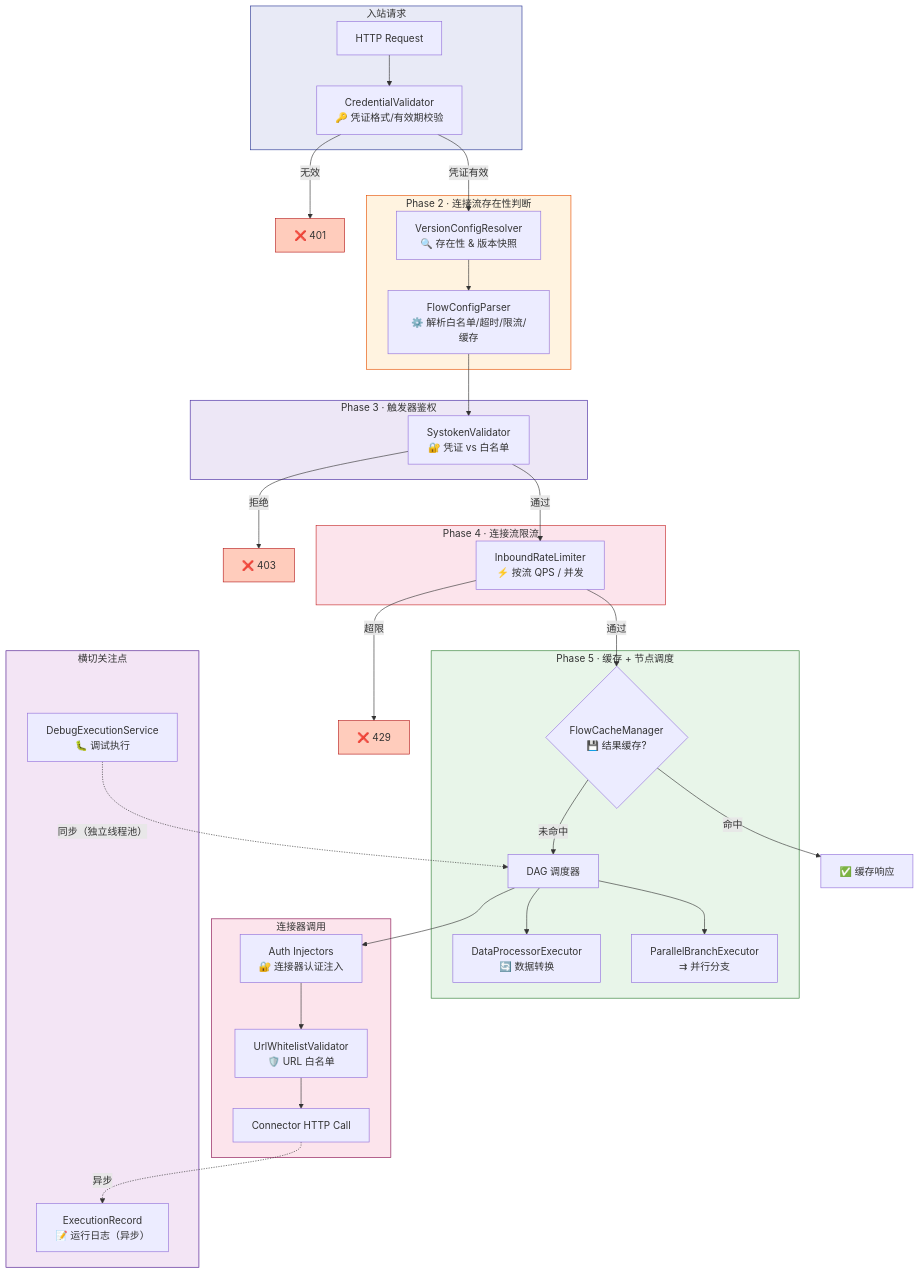
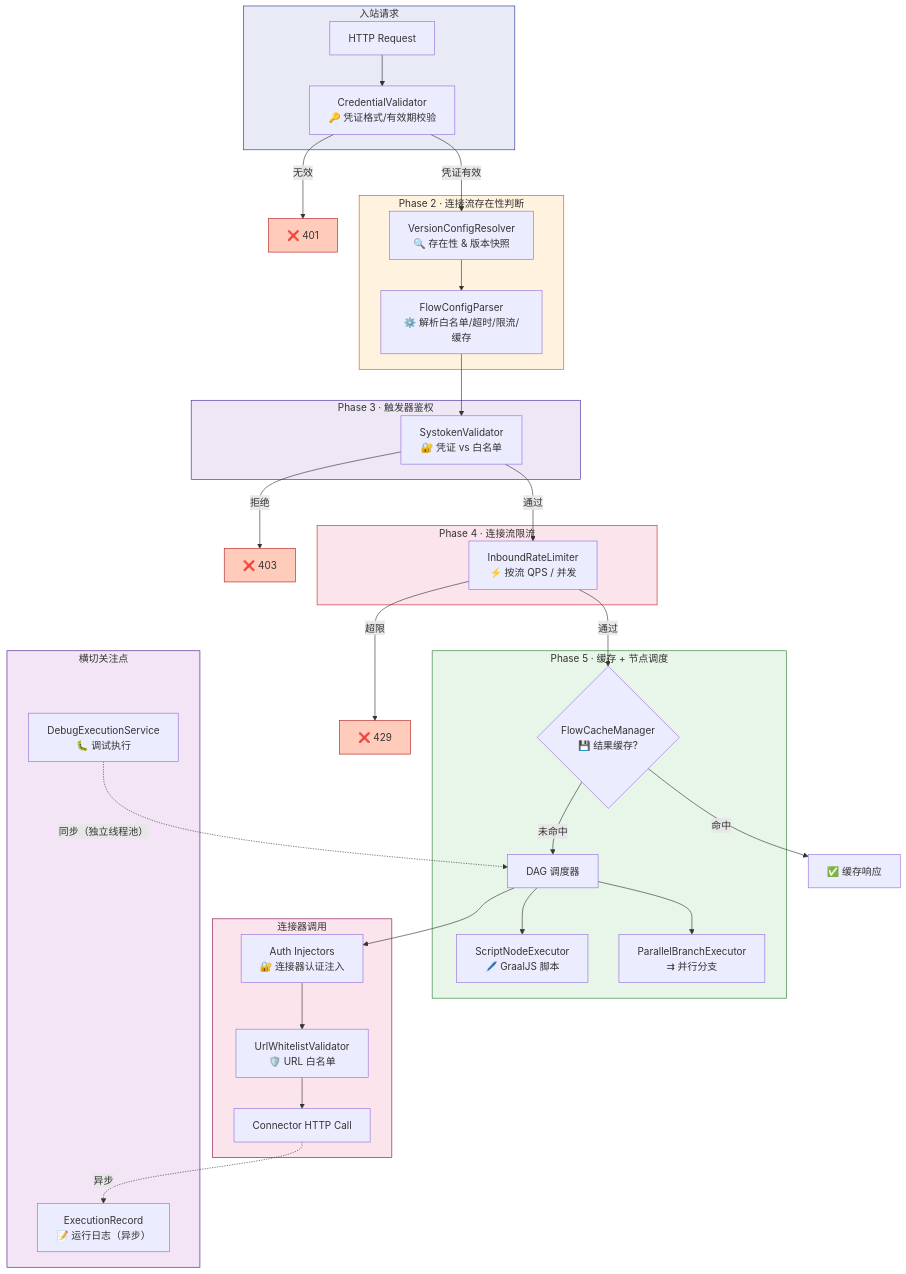
One commit to THZSummer/open-app changed the first of 16 diagrams in .sddu/specs-tree-root/specs-tree-connector-platform-v3/plan-runtime.md. Above: the diagram before and after it, drawn with Mermaid. The commit also changed other lines of this file and 2 other files, not shown here.

First line of the commit message:
fix(plan): plan-db/plan-runtime/plan-script 对齐 V3 spec

````diff
--- a/.sddu/specs-tree-root/specs-tree-connector-platform-v3/plan-runtime.md
+++ b/.sddu/specs-tree-root/specs-tree-connector-platform-v3/plan-runtime.md
@@ -26,68 +26,68 @@
 ```mermaid
 graph TB
     subgraph INBOUND["入站请求"]
         HTTP["HTTP Request"]
         CRED["CredentialValidator<br/>🔑 凭证格式/有效期校验"]
     end
 
     subgraph RESOLVE["Phase 2 · 连接流存在性判断"]
         VCR["VersionConfigResolver<br/>🔍 存在性 & 版本快照"]
         FCP["FlowConfigParser<br/>⚙️ 解析白名单/超时/限流/缓存"]
     end
 
     subgraph AUTHZ["Phase 3 · 触发器鉴权"]
         AUTH_TRIG["SystokenValidator<br/>🔐 凭证 vs 白名单"]
     end
 
     subgraph GATE["Phase 4 · 连接流限流"]
         RATE["InboundRateLimiter<br/>⚡ 按流 QPS / 并发"]
     end
 
     subgraph EXEC["Phase 5 · 缓存 + 节点调度"]
         CACHE{"FlowCacheManager<br/>💾 结果缓存?"}
         DAG["DAG 调度器"]
         PBE["ParallelBranchExecutor<br/>⇉ 并行分支"]
-        DPE["DataProcessorExecutor<br/>🔄 数据转换"]
+        DPE["ScriptNodeExecutor<br/>🖊️ GraalJS 脚本"]
     end
 
     subgraph CONNECTOR["连接器调用"]
         AUTH["Auth Injectors<br/>🔐 连接器认证注入"]
         URL_VAL["UrlWhitelistValidator<br/>🛡️ URL 白名单"]
         HTTP_CALL["Connector HTTP Call"]
     end
 
     subgraph CROSSCUT["横切关注点"]
         LOG["ExecutionRecord<br/>📝 运行日志（异步）"]
         DEBUG["DebugExecutionService<br/>🐛 调试执行"]
     end
 
     HTTP --> CRED
     CRED -->|"凭证有效"| VCR
     CRED -->|"无效"| UNAUTH["❌ 401"]
     VCR --> FCP
     FCP --> AUTH_TRIG
     AUTH_TRIG -->|"通过"| RATE
     AUTH_TRIG -->|"拒绝"| FORBIDDEN["❌ 403"]
     RATE -->|"通过"| CACHE
     RATE -->|"超限"| REJECT["❌ 429"]
     CACHE -->|"命中"| RESP["✅ 缓存响应"]
     CACHE -->|"未命中"| DAG
     DAG --> PBE
     DAG --> DPE
     DAG --> AUTH
     AUTH --> URL_VAL
     URL_VAL --> HTTP_CALL
     HTTP_CALL -.->|"异步"| LOG
     DEBUG -.->|"同步（独立线程池）"| DAG
 
     style INBOUND fill:#e8eaf6,stroke:#283593
     style RESOLVE fill:#fff3e0,stroke:#e65100
     style AUTHZ fill:#ede7f6,stroke:#4527a0
     style GATE fill:#fce4ec,stroke:#c62828
     style EXEC fill:#e8f5e9,stroke:#2e7d32
     style CONNECTOR fill:#fce4ec,stroke:#880e4f
     style CROSSCUT fill:#f3e5f5,stroke:#4a148c
     style REJECT fill:#ffccbc,stroke:#b71c1c
     style UNAUTH fill:#ffccbc,stroke:#b71c1c
     style FORBIDDEN fill:#ffccbc,stroke:#b71c1c
 ```
````
